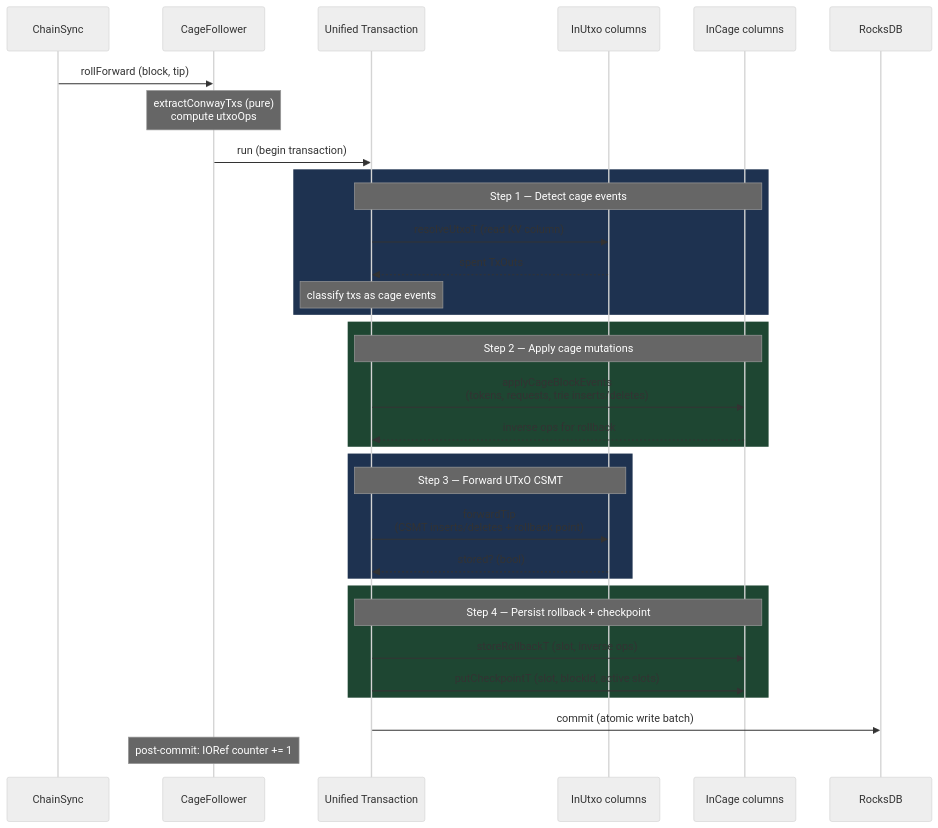
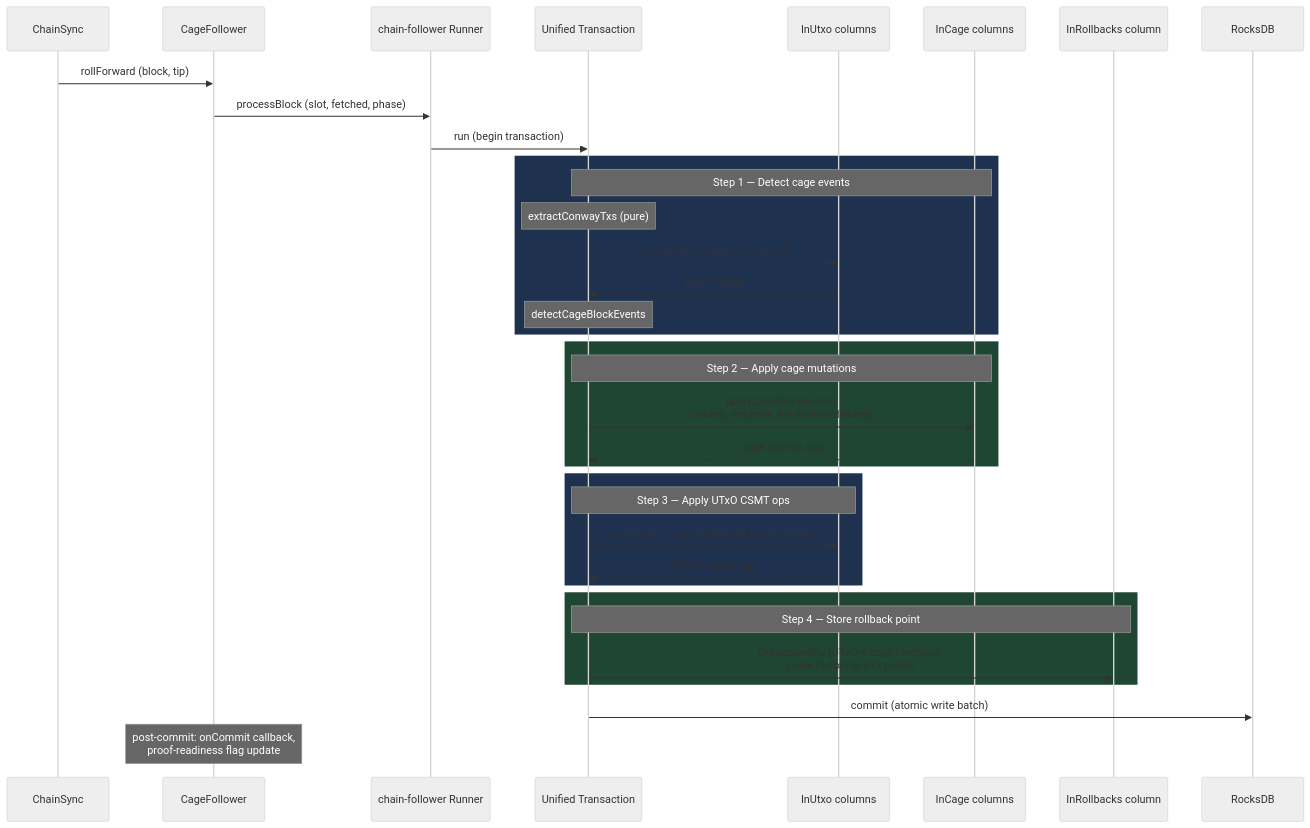
Before and after one commit to lambdasistemi/cardano-mpfs-offchain: the second of 7 diagrams in docs/architecture/block-processing.md, drawn with Mermaid (neutral theme). The commit also changed other lines of this file and 5 other files, not shown here.

````diff
--- a/docs/architecture/block-processing.md
+++ b/docs/architecture/block-processing.md
@@ -65,43 +65,44 @@
 ```mermaid
 sequenceDiagram
     participant CS as ChainSync
     participant CF as CageFollower
+    participant RUN as chain-follower Runner
     participant TX as Unified Transaction
     participant UTXO as InUtxo columns
     participant CAGE as InCage columns
+    participant RB as InRollbacks column
     participant DB as RocksDB
 
     CS->>CF: rollForward (block, tip)
-    Note over CF: extractConwayTxs (pure)<br/>compute utxoOps
-
-    CF->>TX: run (begin transaction)
+    CF->>RUN: processBlock (slot, fetched, phase)
+    RUN->>TX: run (begin transaction)
 
     rect rgb(30, 50, 80)
         Note over TX,CAGE: Step 1 — Detect cage events
+        Note over TX: extractConwayTxs (pure)
         TX->>UTXO: resolveUtxoT (read KV column)
         UTXO-->>TX: spent TxOuts
-        Note over TX: classify txs as cage events
+        Note over TX: detectCageBlockEvents
     end
 
     rect rgb(30, 70, 50)
         Note over TX,CAGE: Step 2 — Apply cage mutations
         TX->>CAGE: applyCageBlockEvents<br/>(tokens, requests, trie inserts/deletes)
-        CAGE-->>TX: inverse ops for rollback
+        CAGE-->>TX: cage inverse ops
     end
 
     rect rgb(30, 50, 80)
-        Note over TX,UTXO: Step 3 — Forward UTxO CSMT
-        TX->>UTXO: forwardTip<br/>(CSMT inserts/deletes + rollback point)
-        UTXO-->>TX: stored? (bool)
+        Note over TX,UTXO: Step 3 — Apply UTxO CSMT ops
+        TX->>UTXO: csmtInsert / csmtDelete per block change
+        UTXO-->>TX: UTxO inverse ops
     end
 
     rect rgb(30, 70, 50)
-        Note over TX,CAGE: Step 4 — Persist rollback + checkpoint
-        TX->>CAGE: storeRollbackT (slot, inverse ops)
-        TX->>CAGE: putCheckpointT (slot, blockId, active slots)
+        Note over TX,RB: Step 4 — Store rollback point
+        TX->>RB: ComposedInv (UTxO + cage inverses),<br/>prune history to k+1 points
     end
 
     TX->>DB: commit (atomic write batch)
 
-    Note over CF: post-commit: IORef counter += 1
+    Note over CF: post-commit: onCommit callback,<br/>proof-readiness flag update
 ```
````
